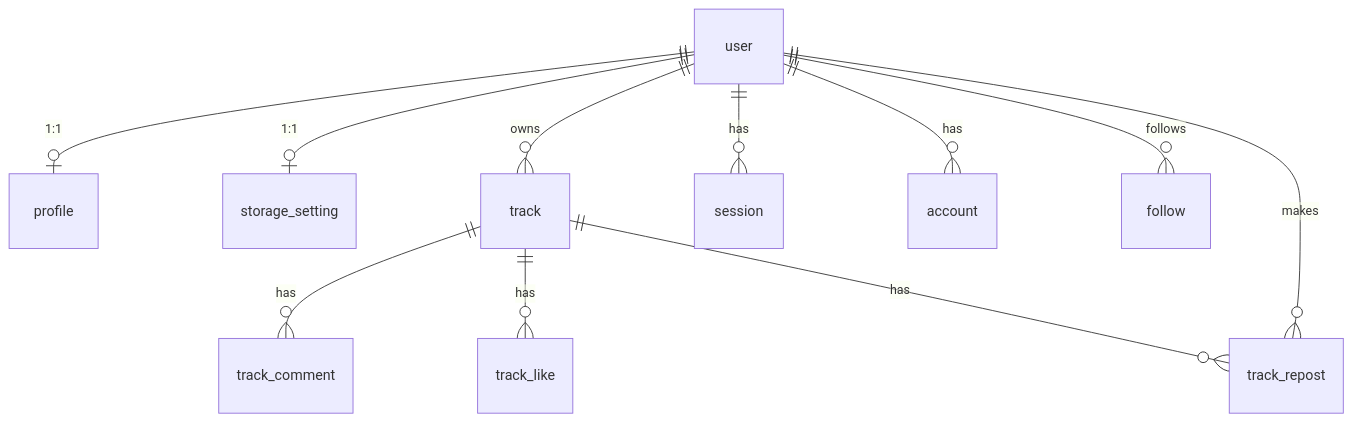
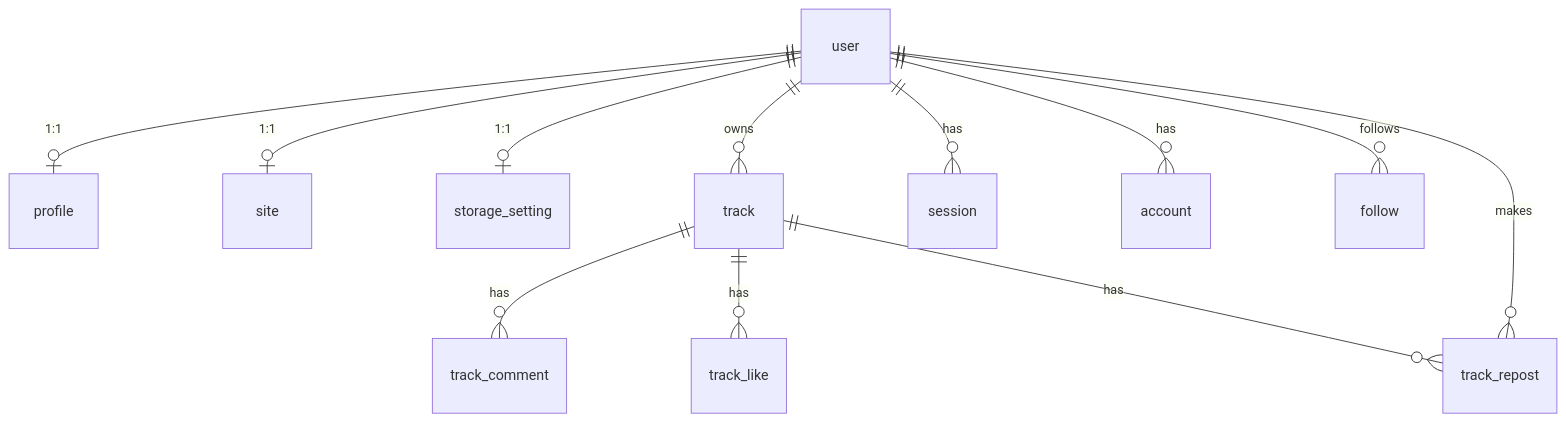
Before and after one commit to spreadsheetsusa/sndbnk: the diagram in docs/data-model.md, drawn with Mermaid. The commit also changed other lines of this file and 21 other files, not shown here.

````diff
--- a/docs/data-model.md
+++ b/docs/data-model.md
@@ -151,13 +170,14 @@
 ```mermaid
 erDiagram
   user ||--o| profile : "1:1"
+  user ||--o| site : "1:1"
   user ||--o| storage_setting : "1:1"
   user ||--o{ track : owns
   user ||--o{ session : has
   user ||--o{ account : has
   track ||--o{ track_comment : has
   track ||--o{ track_like : has
   track ||--o{ track_repost : has
   user ||--o{ track_repost : makes
   user ||--o{ follow : follows
 ```
````
